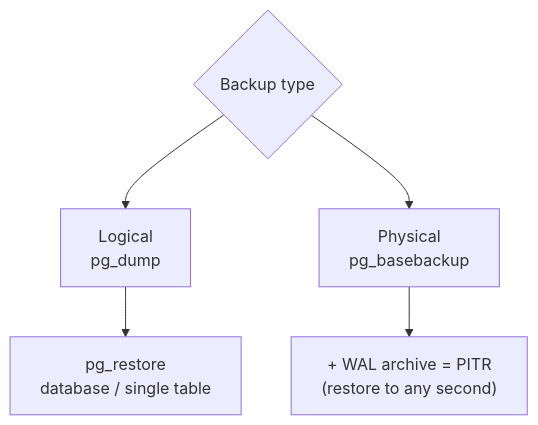
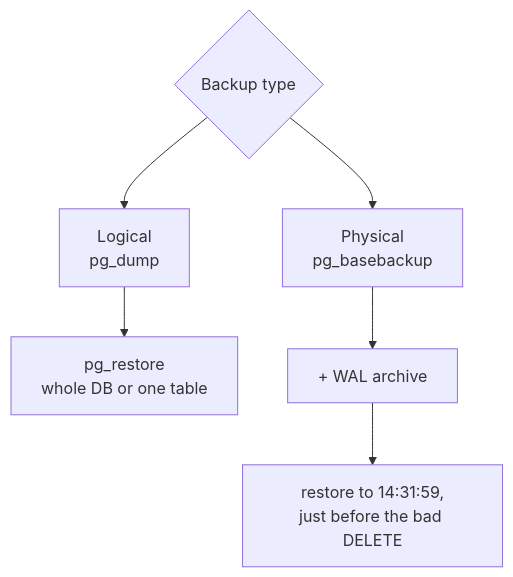
The first of 2 diagrams in Doc/08-ops-scaling/02-backup-restore.md (wesamkhateeb98-creator/postgresql-zero-to-hero), drawn with Mermaid before and after one commit. The commit also changed other lines of this file and 29 other files, not shown here.

````diff
--- a/Doc/08-ops-scaling/02-backup-restore.md
+++ b/Doc/08-ops-scaling/02-backup-restore.md
@@ -5,7 +9,8 @@
 ```mermaid
 flowchart TD
     B{"Backup type"} --> L["Logical<br/>pg_dump"]
     B --> P["Physical<br/>pg_basebackup"]
-    P --> PITR["+ WAL archive = PITR<br/>(restore to any second)"]
-    L --> R1["pg_restore<br/>database / single table"]
+    L --> R1["pg_restore<br/>whole DB or one table"]
+    P --> W["+ WAL archive"]
+    W --> PITR["restore to 14:31:59,<br/>just before the bad DELETE"]
 ```
````
